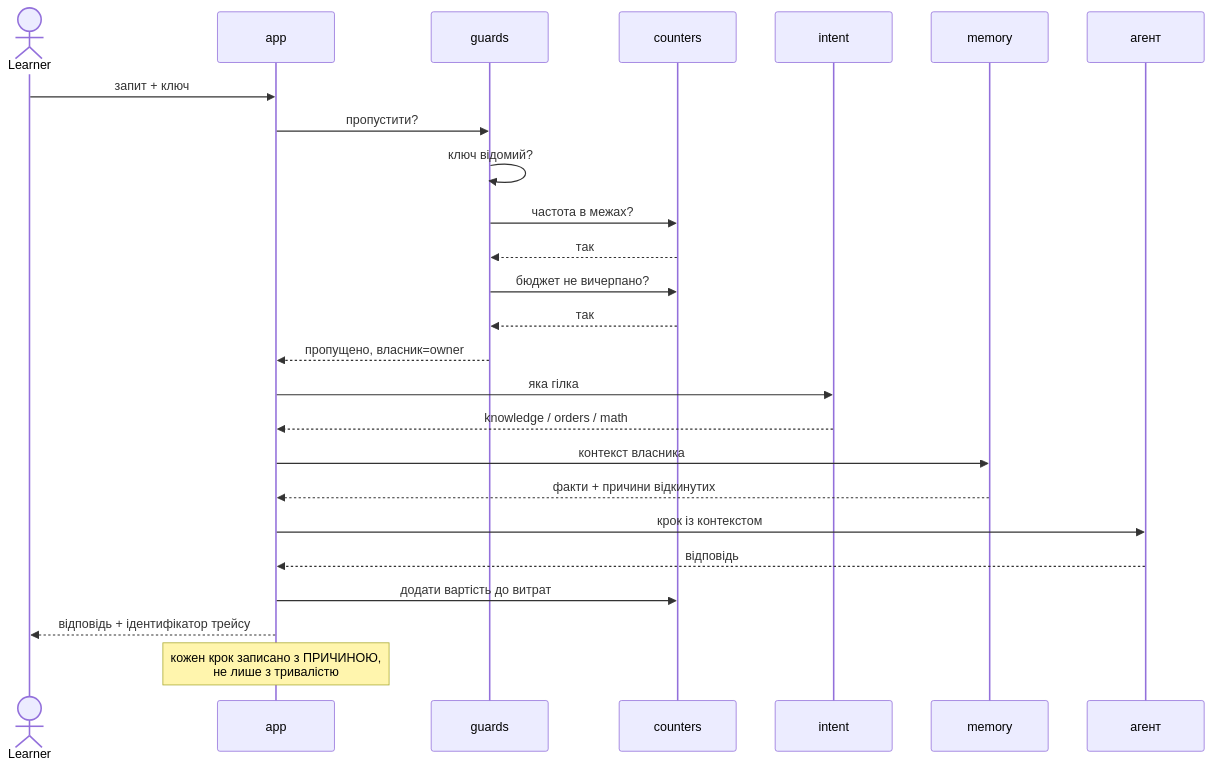
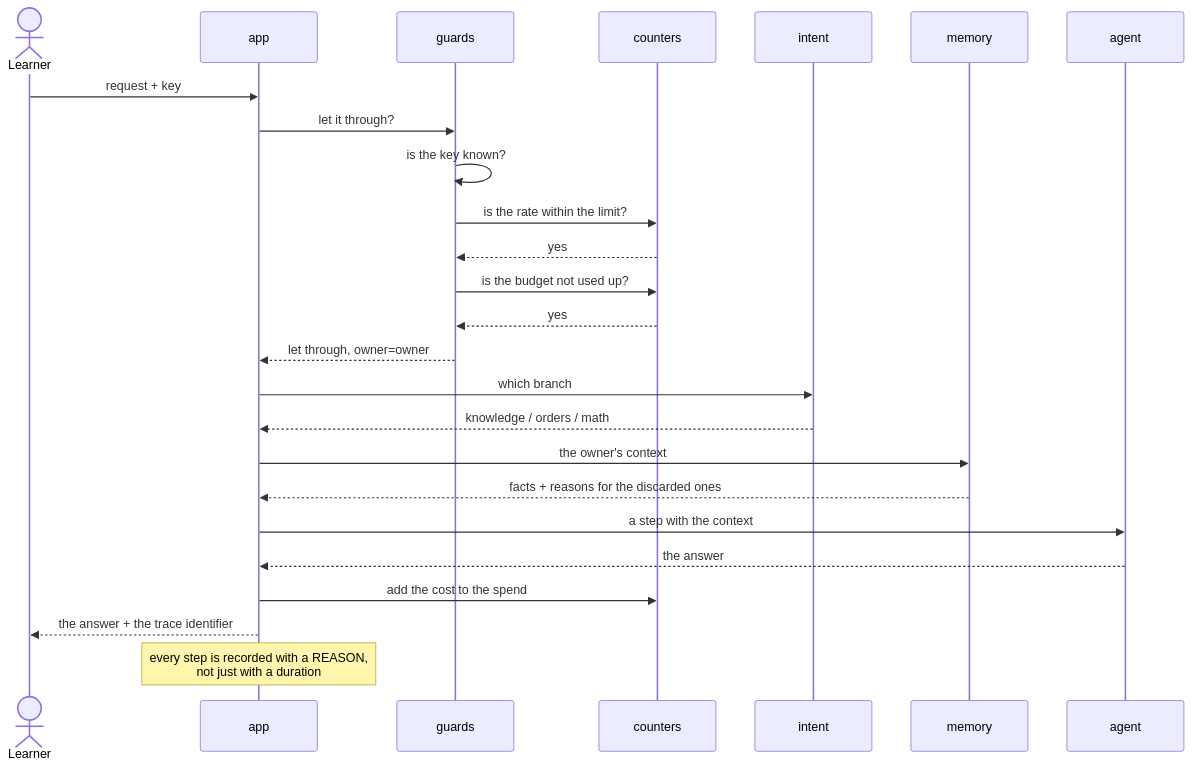
The third of 6 diagrams in docs/features/s06-platform/sad.md (AZANIR/agentic-ai), drawn with Mermaid before and after one commit. The commit also changed other lines of this file and 245 other files, not shown here.

````diff
--- a/docs/features/s06-platform/sad.md
+++ b/docs/features/s06-platform/sad.md
@@ -201,28 +204,28 @@
 ```mermaid
 sequenceDiagram
     actor L as Learner
     participant A as app
     participant G as guards
     participant C as counters
     participant I as intent
     participant M as memory
-    participant Ag as агент
+    participant Ag as agent
 
-    L->>A: запит + ключ
-    A->>G: пропустити?
-    G->>G: ключ відомий?
-    G->>C: частота в межах?
-    C-->>G: так
-    G->>C: бюджет не вичерпано?
-    C-->>G: так
-    G-->>A: пропущено, власник=owner
-    A->>I: яка гілка
+    L->>A: request + key
+    A->>G: let it through?
+    G->>G: is the key known?
+    G->>C: is the rate within the limit?
+    C-->>G: yes
+    G->>C: is the budget not used up?
+    C-->>G: yes
+    G-->>A: let through, owner=owner
+    A->>I: which branch
     I-->>A: knowledge / orders / math
-    A->>M: контекст власника
-    M-->>A: факти + причини відкинутих
-    A->>Ag: крок із контекстом
-    Ag-->>A: відповідь
-    A->>C: додати вартість до витрат
-    A-->>L: відповідь + ідентифікатор трейсу
-    Note over A: кожен крок записано з ПРИЧИНОЮ,<br/>не лише з тривалістю
+    A->>M: the owner's context
+    M-->>A: facts + reasons for the discarded ones
+    A->>Ag: a step with the context
+    Ag-->>A: the answer
+    A->>C: add the cost to the spend
+    A-->>L: the answer + the trace identifier
+    Note over A: every step is recorded with a REASON,<br/>not just with a duration
 ```
````
